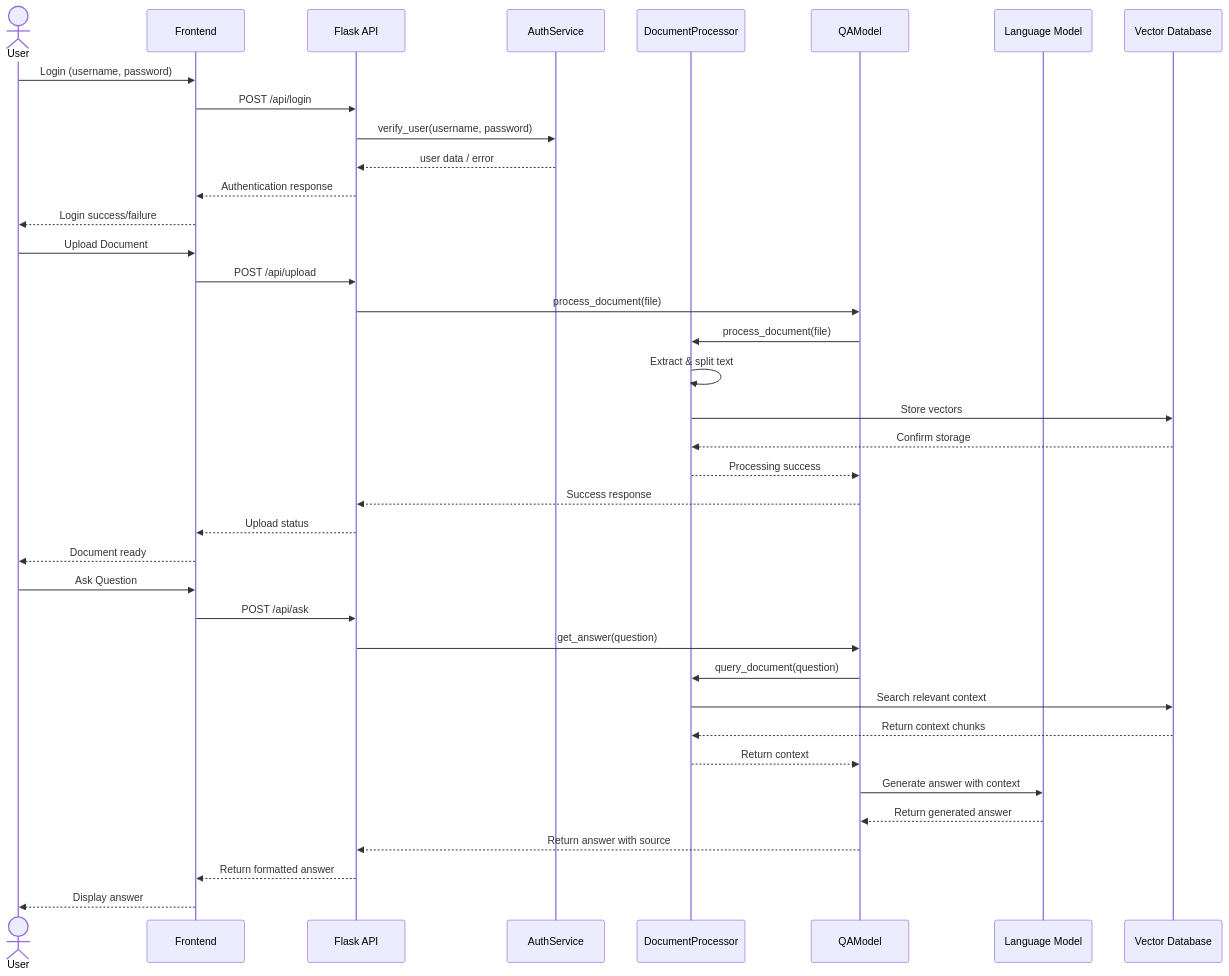
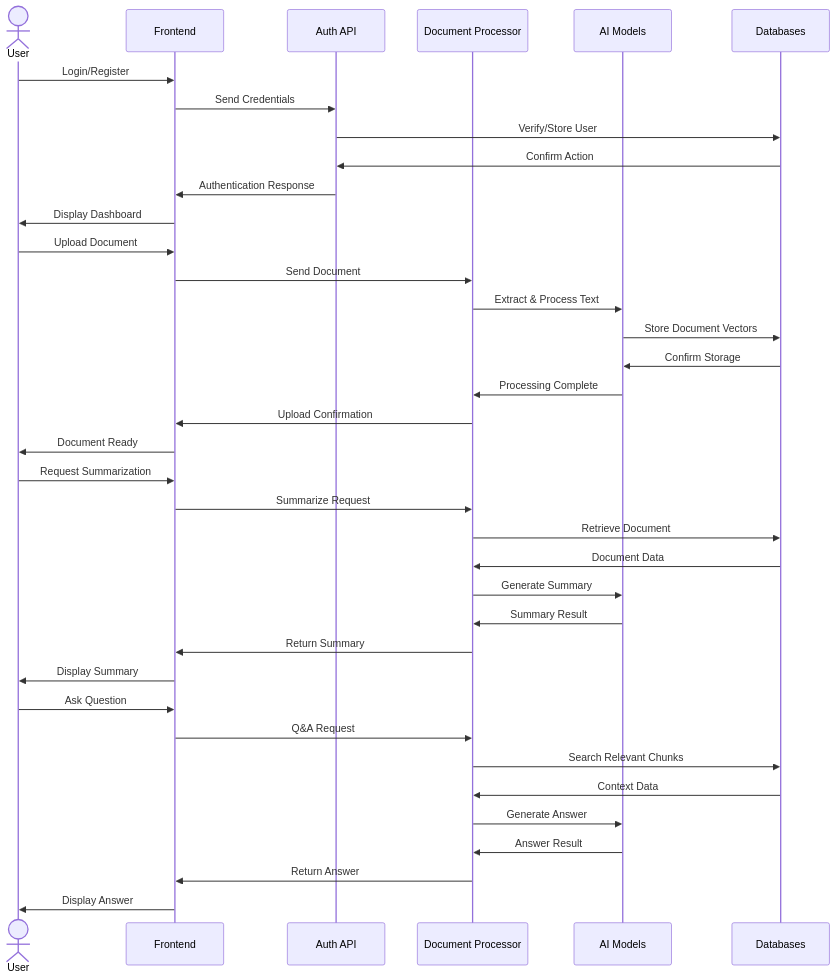
One commit to PradnyaKarmalkar/AI-Inspired-Research-Tool changed the sixth of 9 diagrams in project_analysis.md. Above: the diagram before and after it, drawn with Mermaid. The commit also changed other lines of this file and 152 other files, not shown here.

````diff
--- a/project_analysis.md
+++ b/project_analysis.md
@@ -457,43 +305,43 @@
 ```mermaid
 sequenceDiagram
     actor User
-    participant Frontend
-    participant API as Flask API
-    participant Auth as AuthService
-    participant DP as DocumentProcessor
-    participant QA as QAModel
-    participant LLM as Language Model
-    participant VDB as Vector Database
+    participant FE as Frontend
+    participant Auth as Auth API
+    participant Processor as Document Processor
+    participant AI as AI Models
+    participant DB as Databases
     
-    User->>Frontend: Login (username, password)
-    Frontend->>API: POST /api/login
-    API->>Auth: verify_user(username, password)
-    Auth-->>API: user data / error
-    API-->>Frontend: Authentication response
-    Frontend-->>User: Login success/failure
+    User->>FE: Login/Register
+    FE->>Auth: Send Credentials
+    Auth->>DB: Verify/Store User
+    DB->>Auth: Confirm Action
+    Auth->>FE: Authentication Response
+    FE->>User: Display Dashboard
     
-    User->>Frontend: Upload Document
-    Frontend->>API: POST /api/upload
-    API->>QA: process_document(file)
-    QA->>DP: process_document(file)
-    DP->>DP: Extract & split text
-    DP->>VDB: Store vectors
-    VDB-->>DP: Confirm storage
-    DP-->>QA: Processing success
-    QA-->>API: Success response
-    API-->>Frontend: Upload status
-    Frontend-->>User: Document ready
+    User->>FE: Upload Document
+    FE->>Processor: Send Document
+    Processor->>AI: Extract & Process Text
+    AI->>DB: Store Document Vectors
+    DB->>AI: Confirm Storage
+    AI->>Processor: Processing Complete
+    Processor->>FE: Upload Confirmation
+    FE->>User: Document Ready
     
-    User->>Frontend: Ask Question
-    Frontend->>API: POST /api/ask
-    API->>QA: get_answer(question)
-    QA->>DP: query_document(question)
-    DP->>VDB: Search relevant context
-    VDB-->>DP: Return context chunks
-    DP-->>QA: Return context
-    QA->>LLM: Generate answer with context
-    LLM-->>QA: Return generated answer
-    QA-->>API: Return answer with source
-    API-->>Frontend: Return formatted answer
-    Frontend-->>User: Display answer
+    User->>FE: Request Summarization
+    FE->>Processor: Summarize Request
+    Processor->>DB: Retrieve Document
+    DB->>Processor: Document Data
+    Processor->>AI: Generate Summary
+    AI->>Processor: Summary Result
+    Processor->>FE: Return Summary
+    FE->>User: Display Summary
+    
+    User->>FE: Ask Question
+    FE->>Processor: Q&A Request
+    Processor->>DB: Search Relevant Chunks
+    DB->>Processor: Context Data
+    Processor->>AI: Generate Answer
+    AI->>Processor: Answer Result
+    Processor->>FE: Return Answer
+    FE->>User: Display Answer
 ```
````
